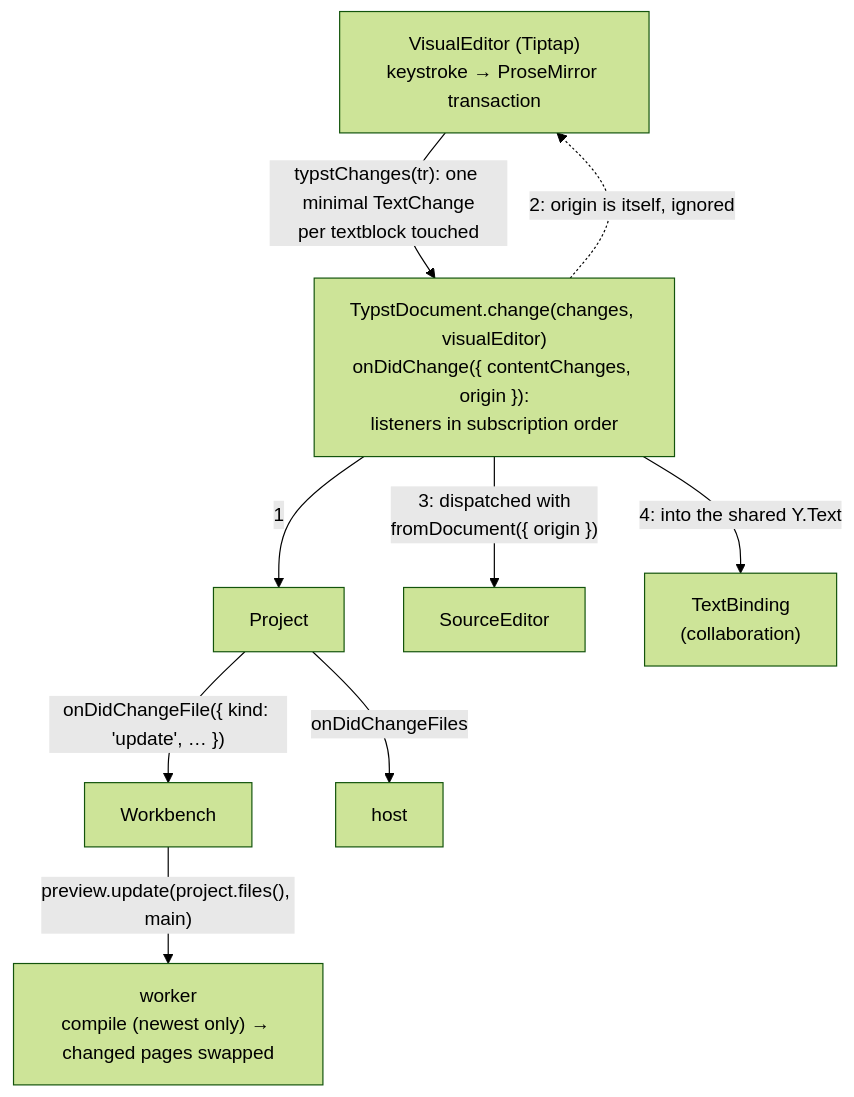
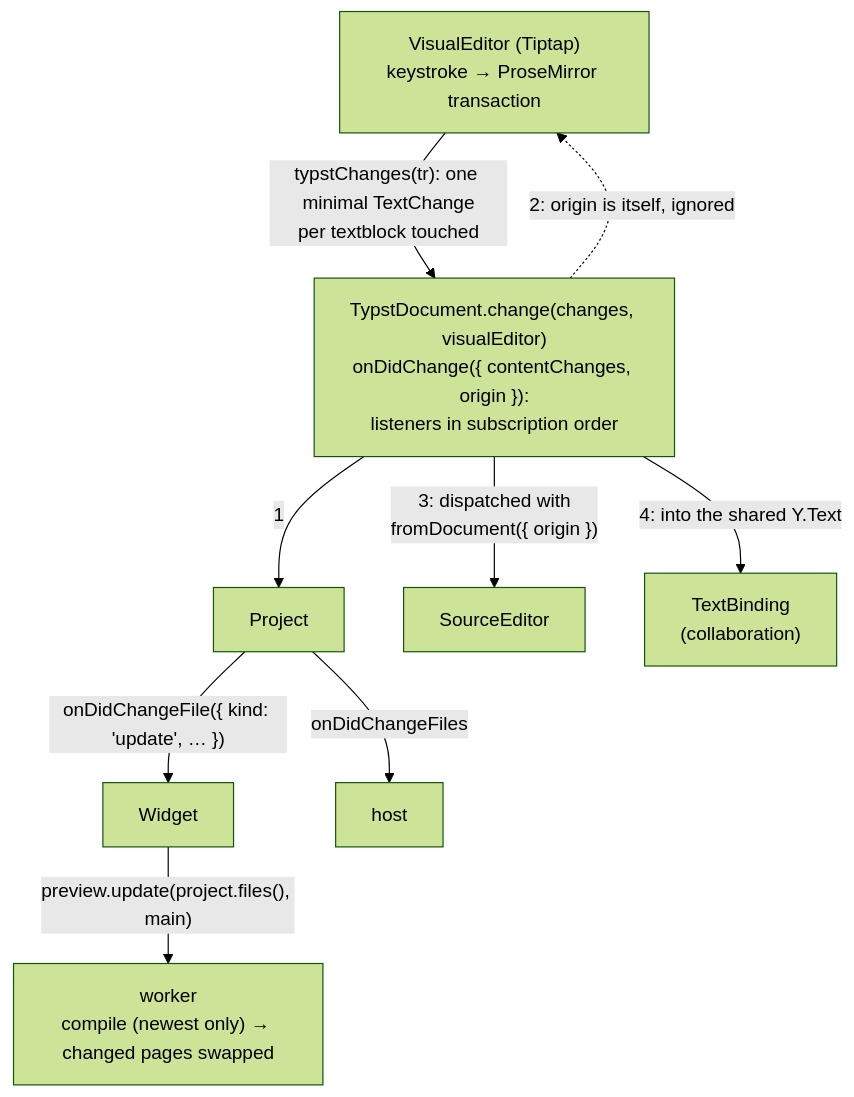
Before and after one commit to sandstorm/zwiebelfisch: the diagram in docs/diagrams/keystroke.mmd, drawn with Mermaid (forest theme). The commit also changed 18 other files, not shown here.

First line of the commit message:
Docs: the window chapter (07_window.typ, <architecture-window-…>), the extension host and the widget's composition in 08_extensions.typ (<architecture-extensions-host>, Memento), the overview's layers, the convention "window = everything visible; extension-host = lifecycle; editor/ = composition"

```diff
--- a/docs/diagrams/keystroke.mmd
+++ b/docs/diagrams/keystroke.mmd
@@ -1,24 +1,24 @@
 flowchart TD
   visual["`VisualEditor (Tiptap)
   keystroke → ProseMirror transaction`"]
   document["`TypstDocument.change(changes, visualEditor)
   onDidChange({ contentChanges, origin }):
   listeners in subscription order`"]
   project["Project"]
-  workbench["Workbench"]
+  widget["Widget"]
   worker["`worker
   compile (newest only) → changed pages swapped`"]
   host["host"]
   source["SourceEditor"]
   binding["`TextBinding
   (collaboration)`"]
   visual -- "`typstChanges(tr): one minimal TextChange
   per textblock touched`" --> document
   document -- 1 --> project
   document -. "`2: origin is itself, ignored`" .-> visual
   document -- "`3: dispatched with
   fromDocument({ origin })`" --> source
   document -- "`4: into the shared Y.Text`" --> binding
-  project -- "`onDidChangeFile({ kind: 'update', … })`" --> workbench
+  project -- "`onDidChangeFile({ kind: 'update', … })`" --> widget
   project -- onDidChangeFiles --> host
-  workbench -- "`preview.update(project.files(), main)`" --> worker
+  widget -- "`preview.update(project.files(), main)`" --> worker
```
